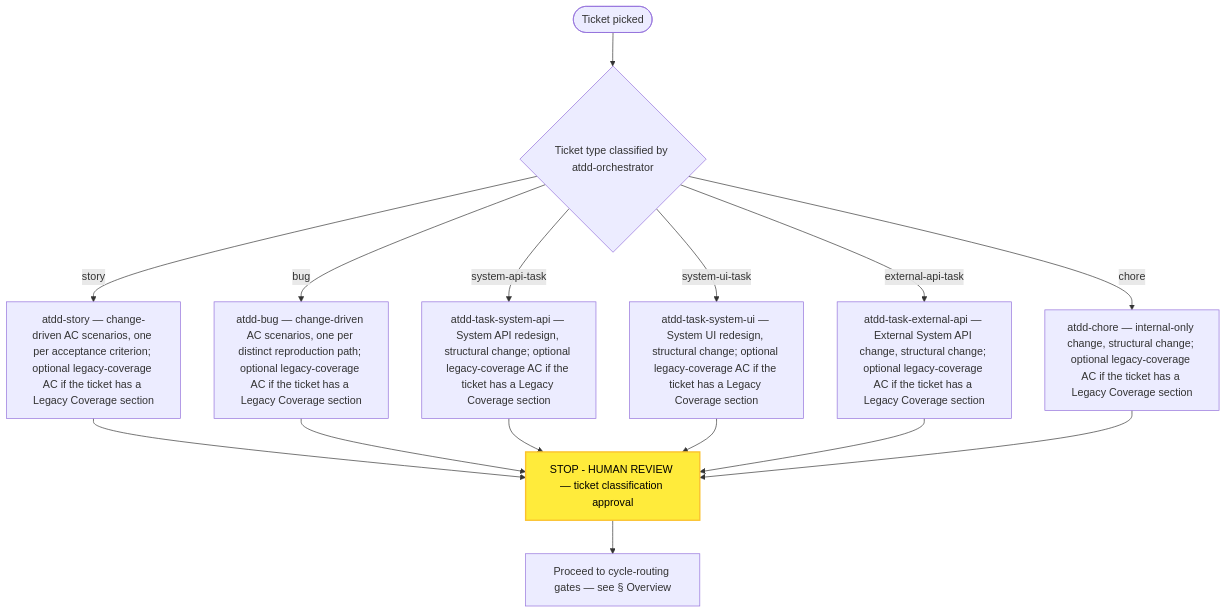
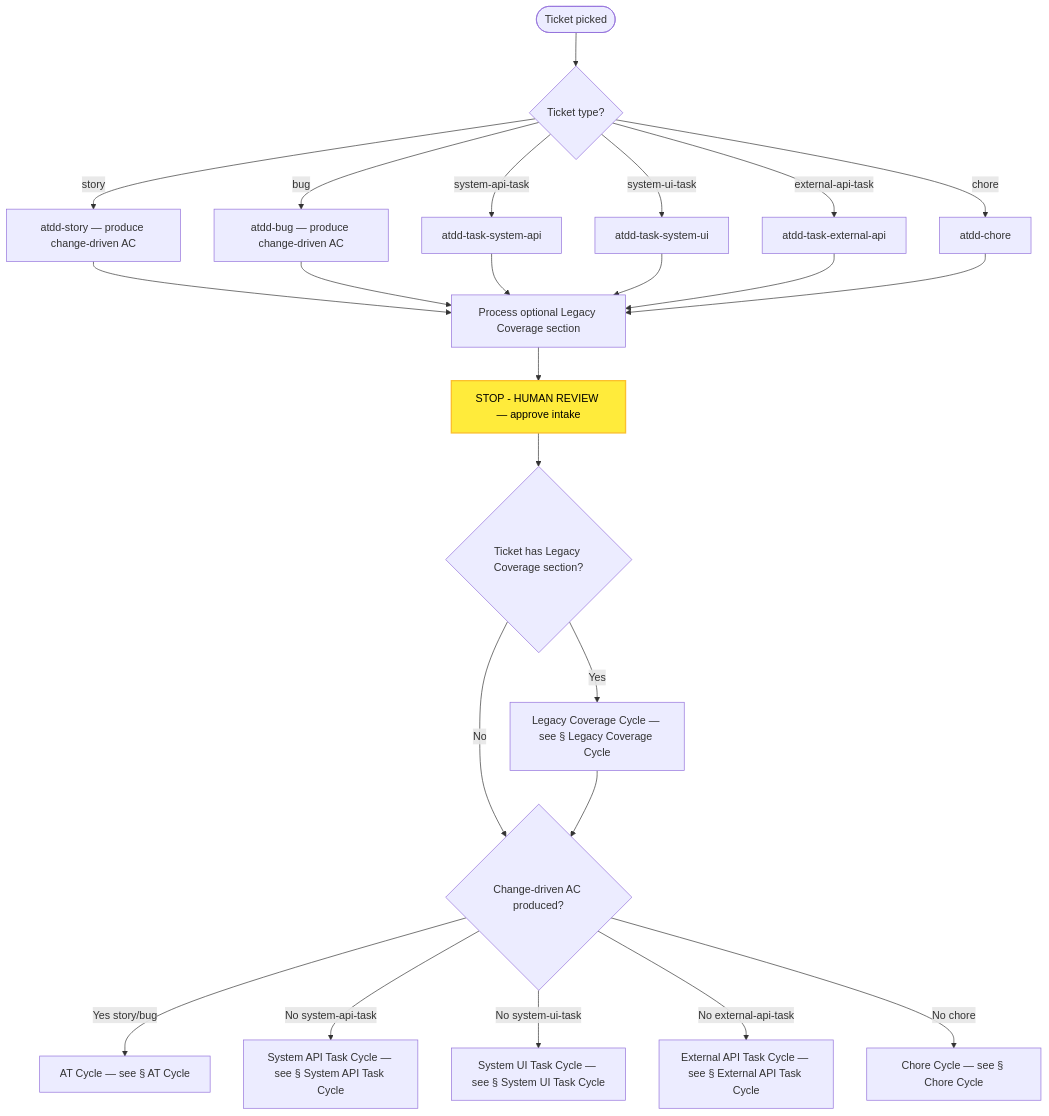
One commit to optivem/starter changed the second of 10 diagrams in docs/atdd/process/process-diagram.md. Above: the diagram before and after it, drawn with Mermaid. The commit also changed other lines of this file and 1 other file, not shown here.

First line of the commit message:
Regenerate process diagrams after AT/CT phase doc split

````diff
--- a/docs/atdd/process/process-diagram.md
+++ b/docs/atdd/process/process-diagram.md
@@ -54,31 +63,48 @@
 ```mermaid
 flowchart TD
-    TICKET([Ticket picked])
-    CLASSIFY{Ticket type classified by atdd-orchestrator}
-    STORY[atdd-story — change-driven AC scenarios, one per acceptance criterion; optional legacy-coverage AC if the ticket has a Legacy Coverage section]
-    BUG[atdd-bug — change-driven AC scenarios, one per distinct reproduction path; optional legacy-coverage AC if the ticket has a Legacy Coverage section]
-    TASK_SYS_API[atdd-task-system-api — System API redesign, structural change; optional legacy-coverage AC if the ticket has a Legacy Coverage section]
-    TASK_SYS_UI[atdd-task-system-ui — System UI redesign, structural change; optional legacy-coverage AC if the ticket has a Legacy Coverage section]
-    TASK_EXT_API[atdd-task-external-api — External System API change, structural change; optional legacy-coverage AC if the ticket has a Legacy Coverage section]
-    CHORE[atdd-chore — internal-only change, structural change; optional legacy-coverage AC if the ticket has a Legacy Coverage section]
-    STOP_INTAKE[STOP - HUMAN REVIEW — ticket classification approval]
-    TO_GATES[Proceed to cycle-routing gates — see § Overview]
+    START([Ticket picked])
+    CLASSIFY{Ticket type?}
+    STORY[atdd-story — produce change-driven AC]
+    BUG[atdd-bug — produce change-driven AC]
+    T_API[atdd-task-system-api]
+    T_UI[atdd-task-system-ui]
+    T_EXT[atdd-task-external-api]
+    CHORE_A[atdd-chore]
+    LEGACY_OPT[Process optional Legacy Coverage section]
+    STOP_INTAKE[STOP - HUMAN REVIEW — approve intake]
+    GATE_LEGACY{Ticket has Legacy Coverage section?}
+    GATE_CHANGE{Change-driven AC produced?}
+    LEGACY_CYCLE[Legacy Coverage Cycle — see § Legacy Coverage Cycle]
+    AT_CYCLE[AT Cycle — see § AT Cycle]
+    SYS_API_CYCLE[System API Task Cycle — see § System API Task Cycle]
+    SYS_UI_CYCLE[System UI Task Cycle — see § System UI Task Cycle]
+    EXT_API_CYCLE[External API Task Cycle — see § External API Task Cycle]
+    CHORE_CYCLE[Chore Cycle — see § Chore Cycle]
 
-    TICKET --> CLASSIFY
+    START --> CLASSIFY
     CLASSIFY -->|story| STORY
     CLASSIFY -->|bug| BUG
-    CLASSIFY -->|system-api-task| TASK_SYS_API
-    CLASSIFY -->|system-ui-task| TASK_SYS_UI
-    CLASSIFY -->|external-api-task| TASK_EXT_API
-    CLASSIFY -->|chore| CHORE
-    STORY --> STOP_INTAKE
-    BUG --> STOP_INTAKE
-    TASK_SYS_API --> STOP_INTAKE
-    TASK_SYS_UI --> STOP_INTAKE
-    TASK_EXT_API --> STOP_INTAKE
-    CHORE --> STOP_INTAKE
-    STOP_INTAKE --> TO_GATES
+    CLASSIFY -->|system-api-task| T_API
+    CLASSIFY -->|system-ui-task| T_UI
+    CLASSIFY -->|external-api-task| T_EXT
+    CLASSIFY -->|chore| CHORE_A
+    STORY --> LEGACY_OPT
+    BUG --> LEGACY_OPT
+    T_API --> LEGACY_OPT
+    T_UI --> LEGACY_OPT
+    T_EXT --> LEGACY_OPT
+    CHORE_A --> LEGACY_OPT
+    LEGACY_OPT --> STOP_INTAKE
+    STOP_INTAKE --> GATE_LEGACY
+    GATE_LEGACY -->|Yes| LEGACY_CYCLE
+    GATE_LEGACY -->|No| GATE_CHANGE
+    LEGACY_CYCLE --> GATE_CHANGE
+    GATE_CHANGE -->|Yes story/bug| AT_CYCLE
+    GATE_CHANGE -->|No system-api-task| SYS_API_CYCLE
+    GATE_CHANGE -->|No system-ui-task| SYS_UI_CYCLE
+    GATE_CHANGE -->|No external-api-task| EXT_API_CYCLE
+    GATE_CHANGE -->|No chore| CHORE_CYCLE
 
     classDef humanReviewNode fill:#ffeb3b,stroke:#fbc02d,stroke-width:2px,color:#000
     class STOP_INTAKE humanReviewNode
 ```
````
